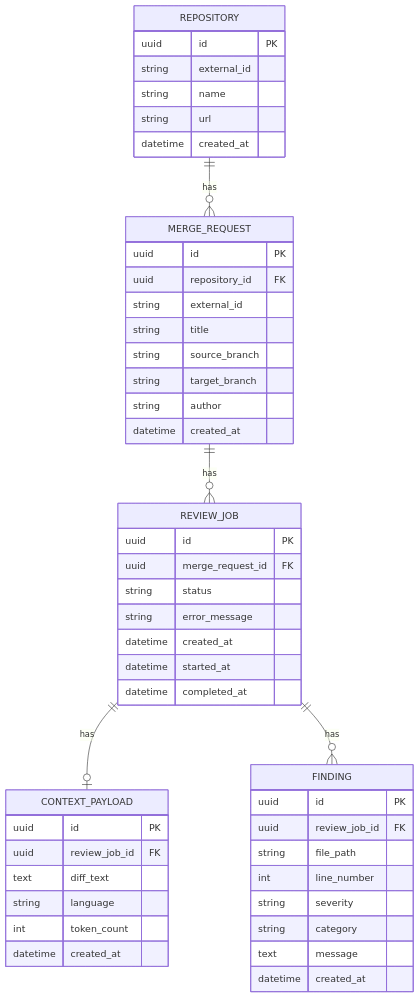
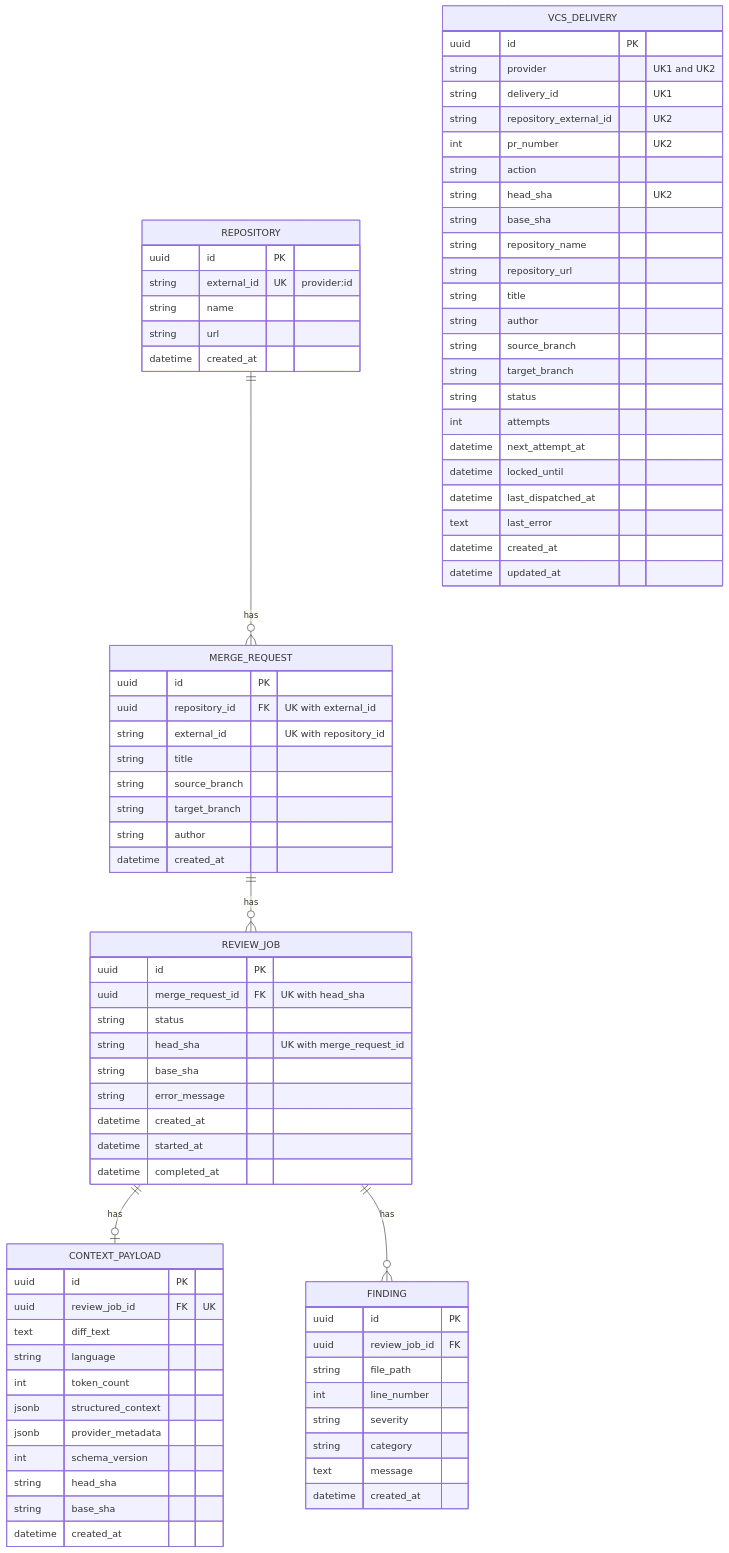
One commit to larchanka-training/dmc-268-api-t3 changed the diagram in docs/architecture/erd.md. Above: the diagram before and after it, drawn with Mermaid. The commit also changed other lines of this file and 4 other files, not shown here.

First line of the commit message:
5.3c: Document webhook ingestion architecture, data model and event matrix

````diff
--- a/docs/architecture/erd.md
+++ b/docs/architecture/erd.md
@@ -9,15 +9,15 @@
 
     REPOSITORY {
         uuid id PK
-        string external_id
+        string external_id UK "provider:id"
         string name
         string url
         datetime created_at
     }
     MERGE_REQUEST {
         uuid id PK
-        uuid repository_id FK
-        string external_id
+        uuid repository_id FK "UK with external_id"
+        string external_id "UK with repository_id"
         string title
         string source_branch
         string target_branch
@@ -26,8 +26,10 @@
     }
     REVIEW_JOB {
         uuid id PK
-        uuid merge_request_id FK
+        uuid merge_request_id FK "UK with head_sha"
         string status
+        string head_sha "UK with merge_request_id"
+        string base_sha
         string error_message
         datetime created_at
         datetime started_at
@@ -35,10 +37,15 @@
     }
     CONTEXT_PAYLOAD {
         uuid id PK
-        uuid review_job_id FK
+        uuid review_job_id FK "UK"
         text diff_text
         string language
         int token_count
+        jsonb structured_context
+        jsonb provider_metadata
+        int schema_version
+        string head_sha
+        string base_sha
         datetime created_at
     }
     FINDING {
@@ -51,4 +58,29 @@
         text message
         datetime created_at
     }
+
+    VCS_DELIVERY {
+        uuid id PK
+        string provider "UK1 and UK2"
+        string delivery_id "UK1"
+        string repository_external_id "UK2"
+        int pr_number "UK2"
+        string action
+        string head_sha "UK2"
+        string base_sha
+        string repository_name
+        string repository_url
+        string title
+        string author
+        string source_branch
+        string target_branch
+        string status
+        int attempts
+        datetime next_attempt_at
+        datetime locked_until
+        datetime last_dispatched_at
+        text last_error
+        datetime created_at
+        datetime updated_at
+    }
 ```
````
